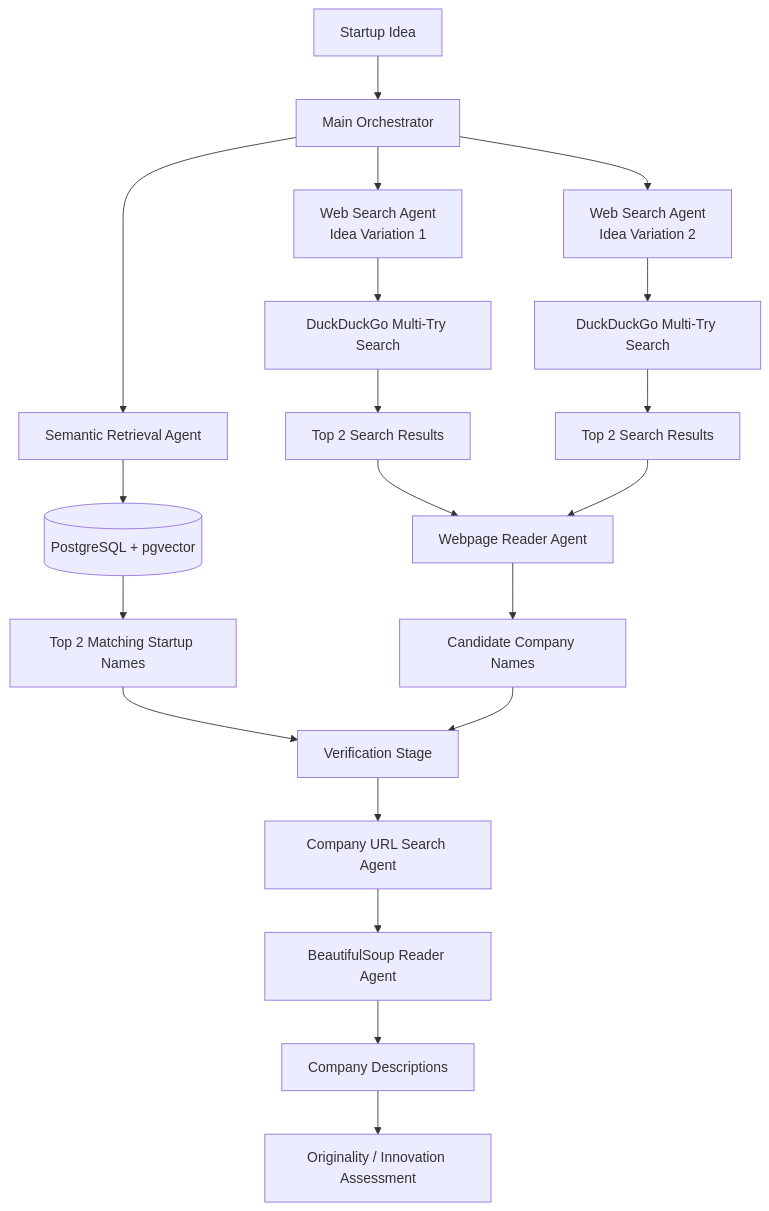
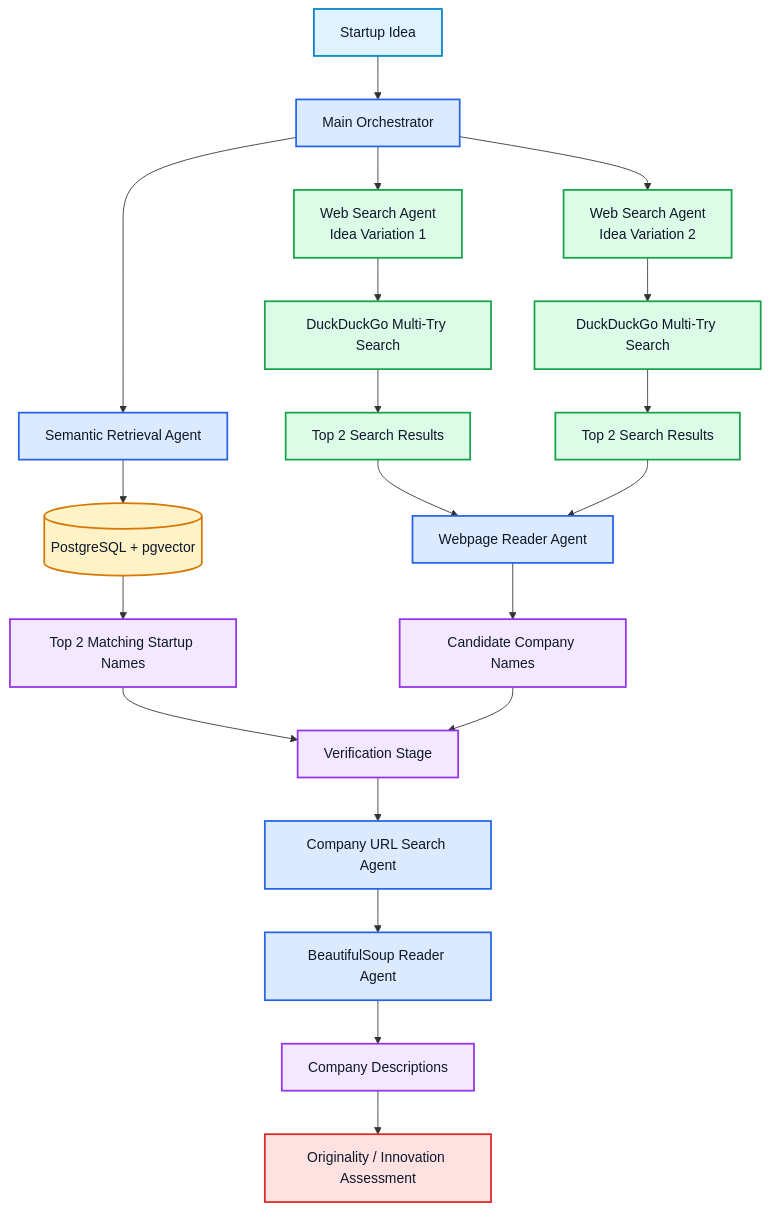
The second of 4 diagrams in README.md (chirchiyoussef/academic-a2a-mcp-startup-evaluation-pipeline), drawn with Mermaid before and after one commit. The commit also changed other lines of this file, not shown here.

````diff
--- a/README.md
+++ b/README.md
@@ -80,31 +155,45 @@
 ```mermaid
 flowchart TD
     A[Startup Idea] --> O[Main Orchestrator]
 
     O --> S[Semantic Retrieval Agent]
     S --> DB[(PostgreSQL + pgvector)]
     DB --> S2[Top 2 Matching Startup Names]
 
     O --> W1[Web Search Agent<br/>Idea Variation 1]
     O --> W2[Web Search Agent<br/>Idea Variation 2]
 
     W1 --> D1[DuckDuckGo Multi-Try Search]
     W2 --> D2[DuckDuckGo Multi-Try Search]
 
     D1 --> R1[Top 2 Search Results]
     D2 --> R2[Top 2 Search Results]
 
     R1 --> N[Webpage Reader Agent]
     R2 --> N
 
     N --> C[Candidate Company Names]
 
     S2 --> V[Verification Stage]
     C --> V
 
     V --> U[Company URL Search Agent]
     U --> B[BeautifulSoup Reader Agent]
     B --> F[Company Descriptions]
 
     F --> G[Originality / Innovation Assessment]
+
+    classDef input fill:#e0f2fe,stroke:#0284c7,stroke-width:2px,color:#0f172a;
+    classDef agent fill:#dbeafe,stroke:#2563eb,stroke-width:2px,color:#0f172a;
+    classDef database fill:#fef3c7,stroke:#d97706,stroke-width:2px,color:#0f172a;
+    classDef search fill:#dcfce7,stroke:#16a34a,stroke-width:2px,color:#0f172a;
+    classDef verify fill:#f3e8ff,stroke:#9333ea,stroke-width:2px,color:#0f172a;
+    classDef output fill:#fee2e2,stroke:#dc2626,stroke-width:2px,color:#0f172a;
+
+    class A input;
+    class O,S,N,U,B agent;
+    class DB database;
+    class W1,W2,D1,D2,R1,R2 search;
+    class S2,C,V,F verify;
+    class G output;
 ```
````
